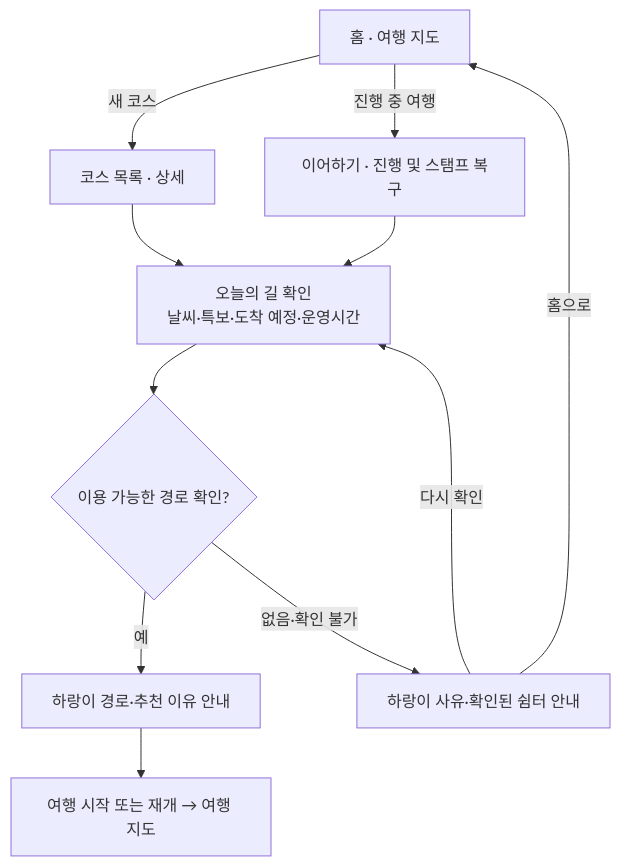
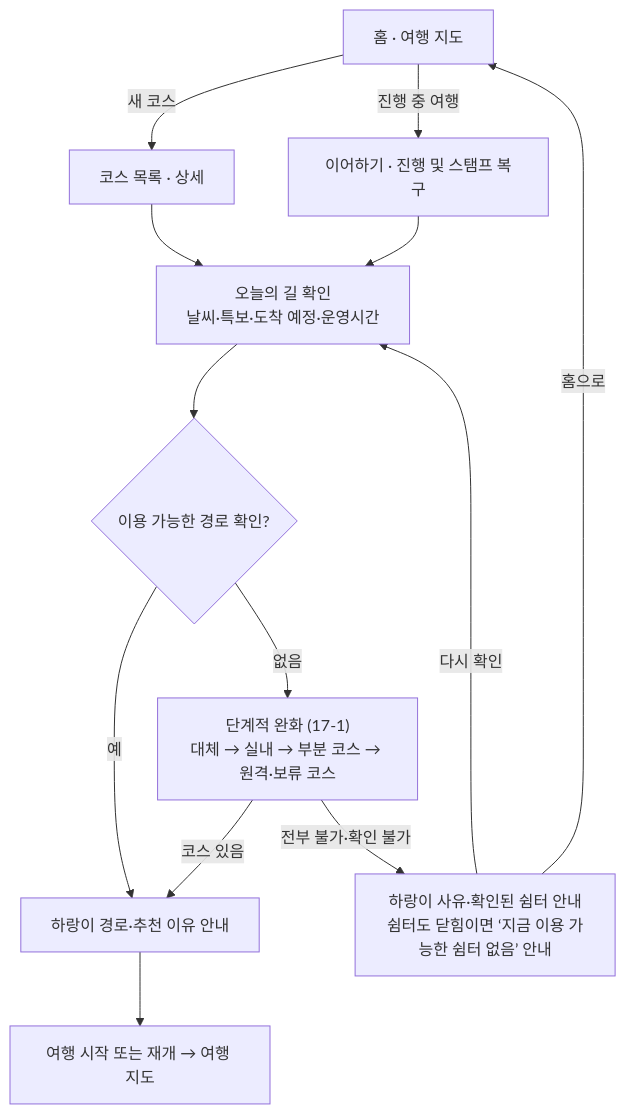
One commit to k-1026/TREAGENT changed the fifth of 16 diagrams in spec/treagent_tech_spec_v1.md. Above: the diagram before and after it, drawn with Mermaid. The commit also changed other lines of this file, not shown here.

````diff
--- a/spec/treagent_tech_spec_v1.md
+++ b/spec/treagent_tech_spec_v1.md
@@ -225,13 +230,15 @@
 ```mermaid
 flowchart TD
     H["홈 · 여행 지도"] -->|새 코스| I["코스 목록 · 상세"]
     H -->|진행 중 여행| G["이어하기 · 진행 및 스탬프 복구"]
     I --> J["오늘의 길 확인<br/>날씨·특보·도착 예정·운영시간"]
     G --> J
     J --> K{"이용 가능한 경로 확인?"}
     K -->|예| L["하랑이 경로·추천 이유 안내"]
-    K -->|없음·확인 불가| M["하랑이 사유·확인된 쉼터 안내"]
+    K -->|없음| K2["단계적 완화 (17-1)<br/>대체 → 실내 → 부분 코스 → 원격·보류 코스"]
+    K2 -->|코스 있음| L
+    K2 -->|전부 불가·확인 불가| M["하랑이 사유·확인된 쉼터 안내<br/>쉼터도 닫힘이면 ‘지금 이용 가능한 쉼터 없음’ 안내"]
     M -->|다시 확인| J
     M -->|홈으로| H
     L --> N["여행 시작 또는 재개 → 여행 지도"]
 ```
````
